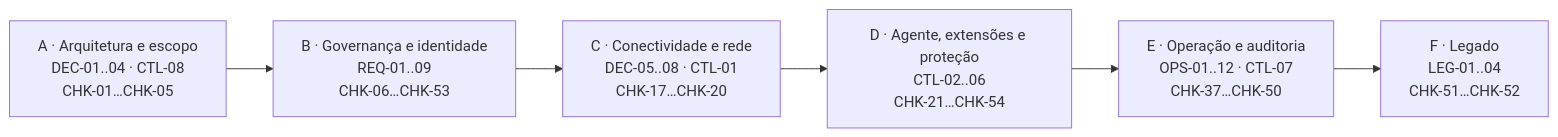
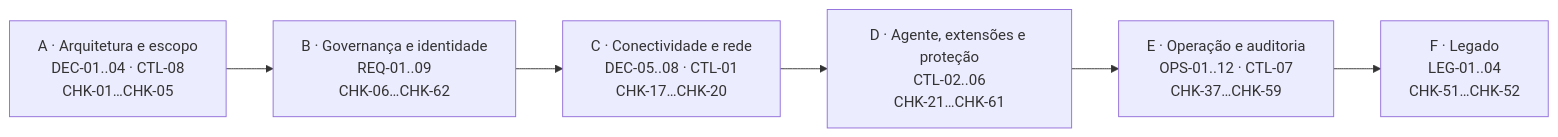
Diagram 14 of 18 in docs/guide.pt-BR.md (fabiotreze/arc-posture-review), drawn with Mermaid before and after one commit. The commit also changed other lines of this file and 9 other files, not shown here.

````diff
--- a/docs/guide.pt-BR.md
+++ b/docs/guide.pt-BR.md
@@ -1228,9 +1244,9 @@
 ```mermaid
 %% svg:phases
 flowchart LR
-  A["A · Arquitetura e escopo<br/>DEC-01..04 · CTL-08<br/>CHK-01…CHK-05"] --> B["B · Governança e identidade<br/>REQ-01..09<br/>CHK-06…CHK-53"]
+  A["A · Arquitetura e escopo<br/>DEC-01..04 · CTL-08<br/>CHK-01…CHK-05"] --> B["B · Governança e identidade<br/>REQ-01..09<br/>CHK-06…CHK-62"]
   B --> C["C · Conectividade e rede<br/>DEC-05..08 · CTL-01<br/>CHK-17…CHK-20"]
-  C --> D["D · Agente, extensões e proteção<br/>CTL-02..06<br/>CHK-21…CHK-54"]
-  D --> E["E · Operação e auditoria<br/>OPS-01..12 · CTL-07<br/>CHK-37…CHK-50"]
+  C --> D["D · Agente, extensões e proteção<br/>CTL-02..06<br/>CHK-21…CHK-61"]
+  D --> E["E · Operação e auditoria<br/>OPS-01..12 · CTL-07<br/>CHK-37…CHK-59"]
   E --> F["F · Legado<br/>LEG-01..04<br/>CHK-51…CHK-52"]
 ```
````
